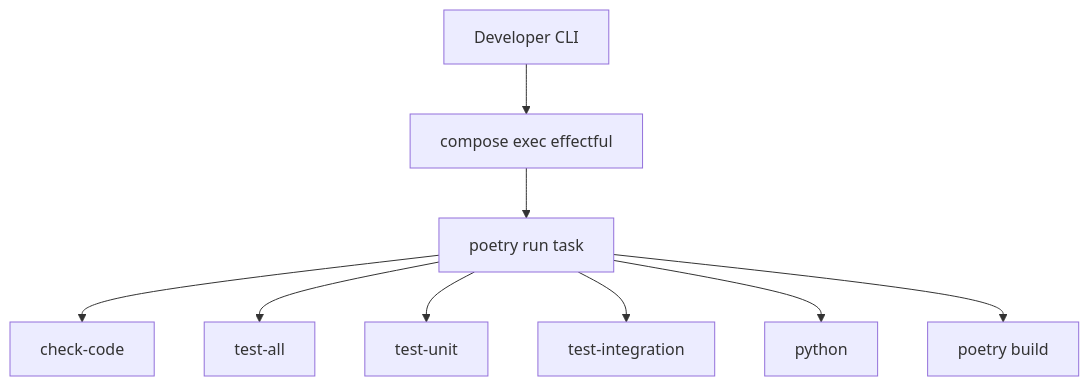
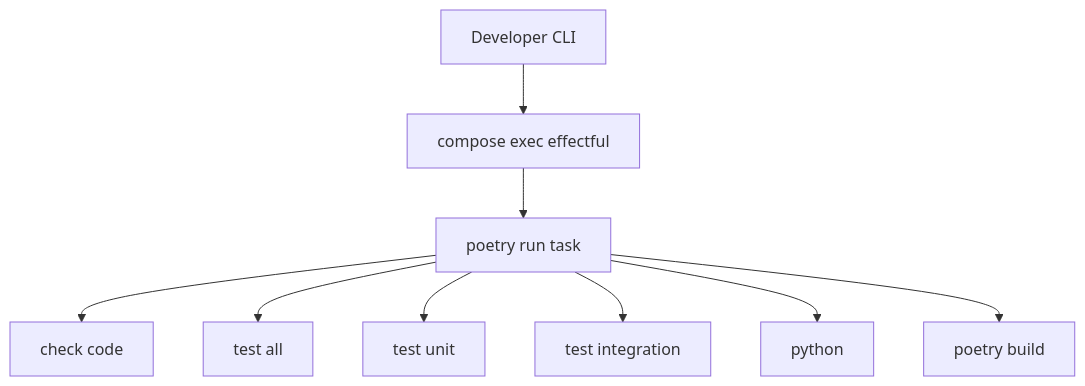
One commit to Tuee22/effectful changed the second of 2 diagrams in documents/engineering/command_reference.md. Above: the diagram before and after it, drawn with Mermaid. The commit also changed other lines of this file and 193 other files, not shown here.

````diff
--- a/documents/engineering/command_reference.md
+++ b/documents/engineering/command_reference.md
@@ -39,20 +39,20 @@
 ```mermaid
 flowchart TB
   Start[Developer CLI]
   Compose[compose exec effectful]
   Poetry[poetry run task]
-  Check[check-code]
-  TestAll[test-all]
-  TestUnit[test-unit]
-  TestIntegration[test-integration]
+  Check[check code]
+  TestAll[test all]
+  TestUnit[test unit]
+  TestIntegration[test integration]
   PythonShell[python]
   Build[poetry build]
 
   Start --> Compose --> Poetry
   Poetry --> Check
   Poetry --> TestAll
   Poetry --> TestUnit
   Poetry --> TestIntegration
   Poetry --> PythonShell
   Poetry --> Build
 ```
````
